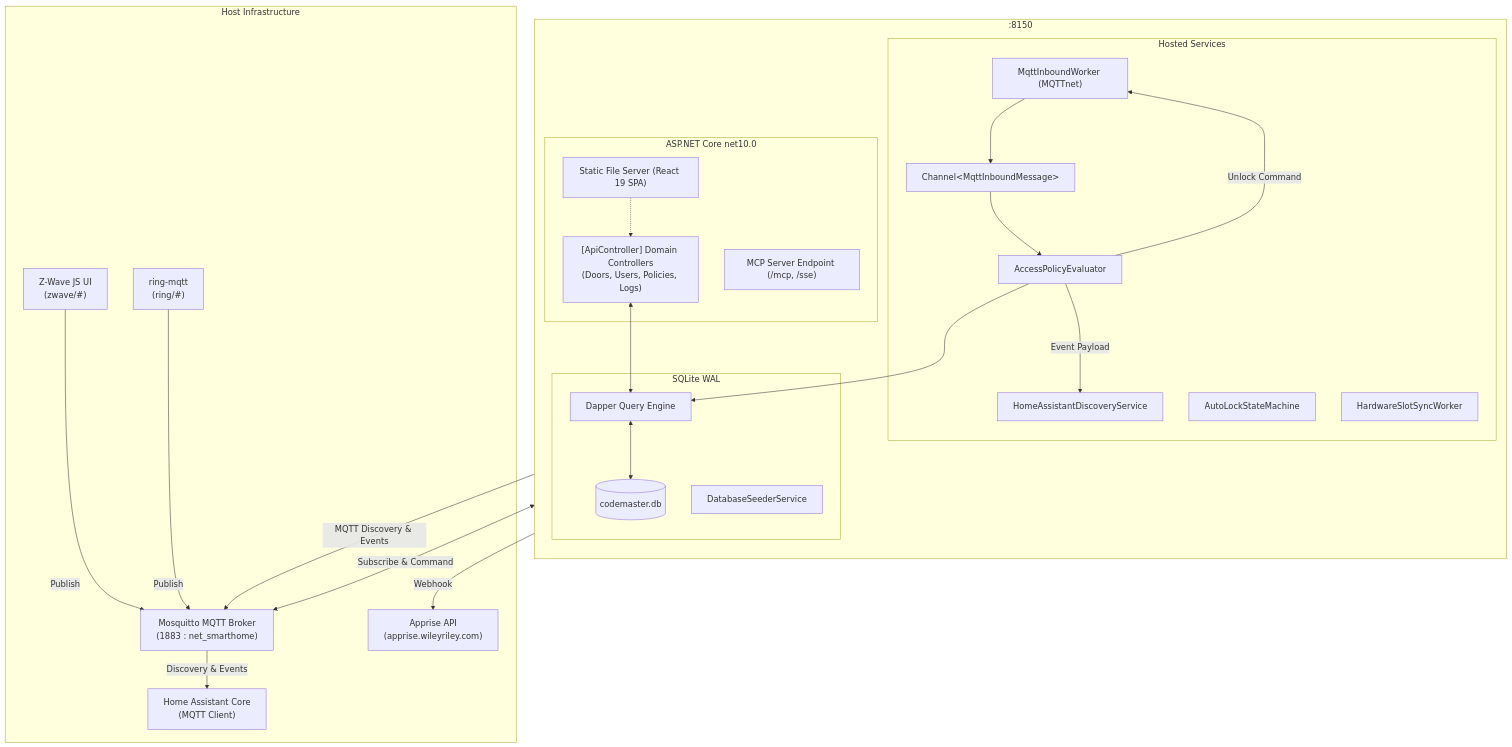
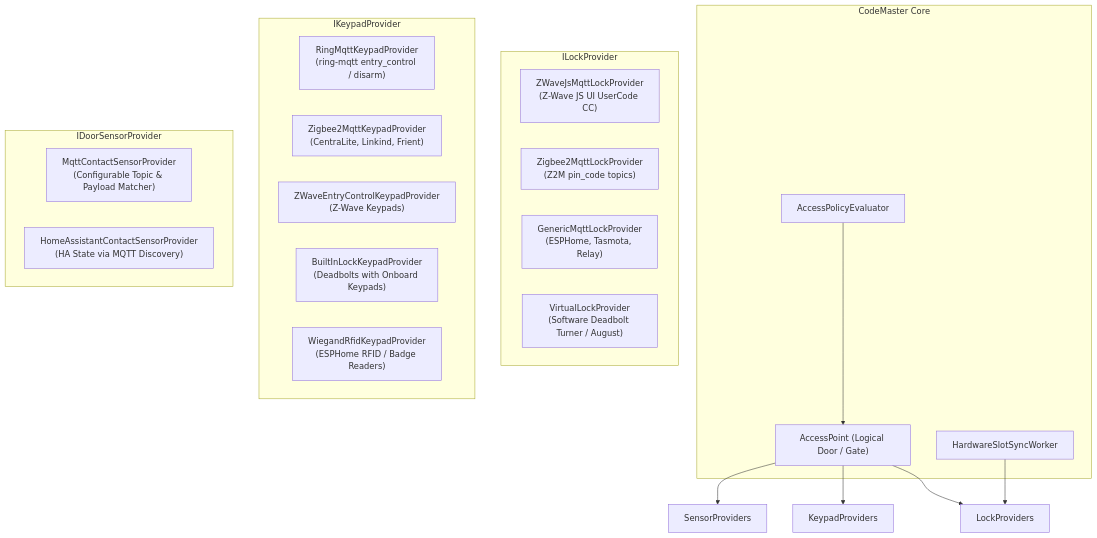
Before and after one commit to spelech/AccessControl: the first of 3 diagrams in docs/superpowers/specs/2026-09-06-codemaster-design.md, drawn with Mermaid. The commit also changed other lines of this file, not shown here.

Commit message:
docs(spec): generalize CodeMaster architecture with pluggable providers and 100% UI-driven config

````diff
--- a/docs/superpowers/specs/2026-09-06-codemaster-design.md
+++ b/docs/superpowers/specs/2026-09-06-codemaster-design.md
@@ -37,48 +46,34 @@
 ```mermaid
-flowchart TB
-    subgraph Host Infrastructure
-        Mosquitto["Mosquitto MQTT Broker<br/>(1883 : net_smarthome)"]
-        ZWaveUI["Z-Wave JS UI<br/>(zwave/#)"]
-        RingMQTT["ring-mqtt<br/>(ring/#)"]
-        Apprise["Apprise API<br/>(apprise.wileyriley.com)"]
-        HA["Home Assistant Core<br/>(MQTT Client)"]
+flowchart TD
+    subgraph Core Engine [CodeMaster Core]
+        Door["AccessPoint (Logical Door / Gate)"]
+        AccessEngine["AccessPolicyEvaluator"]
+        SyncWorker["HardwareSlotSyncWorker"]
     end
 
-    subgraph CodeMaster Container [:8150]
-        direction TB
-        subgraph Web Layer [ASP.NET Core net10.0]
-            Controllers["[ApiController] Domain Controllers<br/>(Doors, Users, Policies, Logs)"]
-            StaticFiles["Static File Server (React 19 SPA)"]
-            McpServer["MCP Server Endpoint (/mcp, /sse)"]
-        end
-
-        subgraph Engine Layer [Hosted Services]
-            MqttWorker["MqttInboundWorker (MQTTnet)"]
-            Channel["Channel&lt;MqttInboundMessage&gt;"]
-            AccessEngine["AccessPolicyEvaluator"]
-            AutoLockEngine["AutoLockStateMachine"]
-            SyncWorker["HardwareSlotSyncWorker"]
-            HaDiscovery["HomeAssistantDiscoveryService"]
-        end
-
-        subgraph Data Layer [SQLite WAL]
-            Dapper["Dapper Query Engine"]
-            Seeder["DatabaseSeederService"]
-            DB[(codemaster.db)]
-        end
+    subgraph Lock Providers [ILockProvider]
+        ZW_Lock["ZWaveJsMqttLockProvider<br/>(Z-Wave JS UI UserCode CC)"]
+        Z2M_Lock["Zigbee2MqttLockProvider<br/>(Z2M pin_code topics)"]
+        Generic_Lock["GenericMqttLockProvider<br/>(ESPHome, Tasmota, Relay)"]
+        Virtual_Lock["VirtualLockProvider<br/>(Software Deadbolt Turner / August)"]
     end
 
-    ZWaveUI & RingMQTT -->|Publish| Mosquitto
-    Mosquitto <-->|Subscribe & Command| MqttWorker
-    MqttWorker --> Channel
-    Channel --> AccessEngine
-    AccessEngine --> Dapper
-    AccessEngine -->|Unlock Command| MqttWorker
-    AccessEngine -->|Event Payload| HaDiscovery
-    HaDiscovery -->|MQTT Discovery & Events| Mosquitto
-    AccessEngine -->|Webhook| Apprise
-    Mosquitto -->|Discovery & Events| HA
-    Dapper <--> DB
-    Controllers <--> Dapper
-    StaticFiles -.-> Controllers
+    subgraph Keypad Providers [IKeypadProvider]
+        Ring_KP["RingMqttKeypadProvider<br/>(ring-mqtt entry_control / disarm)"]
+        Z2M_KP["Zigbee2MqttKeypadProvider<br/>(CentraLite, Linkind, Frient)"]
+        ZWave_KP["ZWaveEntryControlKeypadProvider<br/>(Z-Wave Keypads)"]
+        BuiltIn_KP["BuiltInLockKeypadProvider<br/>(Deadbolts with Onboard Keypads)"]
+        Wiegand_KP["WiegandRfidKeypadProvider<br/>(ESPHome RFID / Badge Readers)"]
+    end
+
+    subgraph Sensor Providers [IDoorSensorProvider]
+        Mqtt_Sensor["MqttContactSensorProvider<br/>(Configurable Topic & Payload Matcher)"]
+        Ha_Sensor["HomeAssistantContactSensorProvider<br/>(HA State via MQTT Discovery)"]
+    end
+
+    Door --> LockProviders
+    Door --> KeypadProviders
+    Door --> SensorProviders
+    AccessEngine --> Door
+    SyncWorker --> LockProviders
 ```
````
